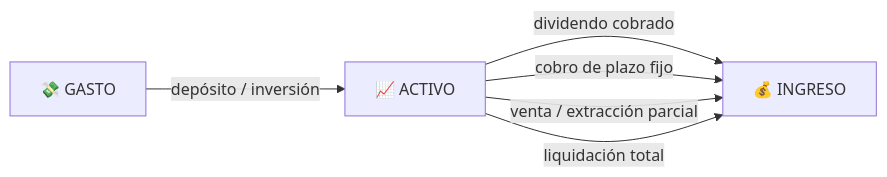
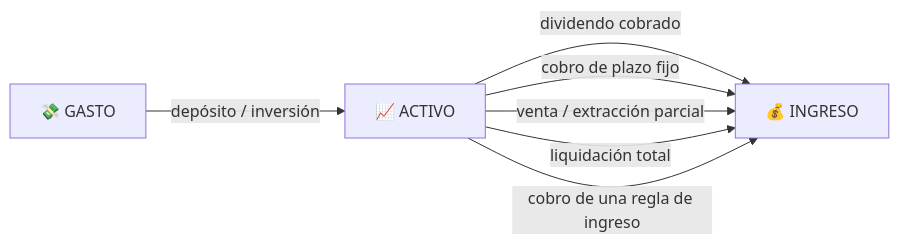
One commit to AbelAngelOk/DashboardCashFlow changed the third of 18 diagrams in docs/10-Producto.md. Above: the diagram before and after it, drawn with Mermaid. The commit also changed other lines of this file and 49 other files, not shown here.

````diff
--- a/docs/10-Producto.md
+++ b/docs/10-Producto.md
@@ -261,8 +290,9 @@
 ```mermaid
 flowchart LR
     G["💸 GASTO"] -->|"depósito / inversión"| A["📈 ACTIVO"]
     A -->|"dividendo cobrado"| I["💰 INGRESO"]
     A -->|"cobro de plazo fijo"| I
     A -->|"venta / extracción parcial"| I
     A -->|"liquidación total"| I
+    A -->|"cobro de una regla de ingreso"| I
 ```
````
